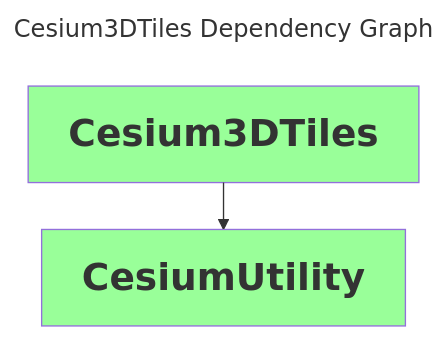
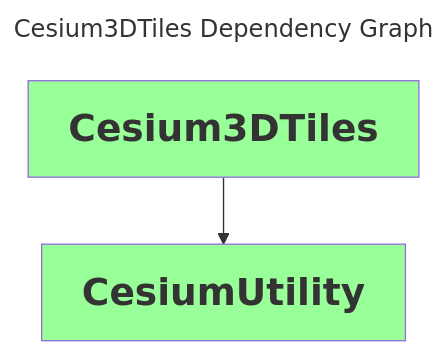
One commit to CesiumGS/cesium-native changed the diagram in doc/diagrams/dependencies/Cesium3DTiles.mmd. Above: the diagram before and after it, drawn with Mermaid. The commit also changed 41 other files, not shown here.

```diff
--- a/doc/diagrams/dependencies/Cesium3DTiles.mmd
+++ b/doc/diagrams/dependencies/Cesium3DTiles.mmd
@@ -1,11 +1,10 @@
 ---
 comment: This file was generated by dep-graph-gen. DO NOT EDIT THIS FILE!
-config:
-  layout: elk
+
 title: Cesium3DTiles Dependency Graph
 ---
 graph TD
   classDef dependencyNode fill:#fff,stroke:#ccc,color:#666,font-weight:bold,font-size:28px
   classDef libraryNode fill:#9f9,font-weight:bold,font-size:28px
   Cesium3DTiles[Cesium3DTiles] --> CesiumUtility[CesiumUtility]
   class CesiumUtility,Cesium3DTiles libraryNode
```
